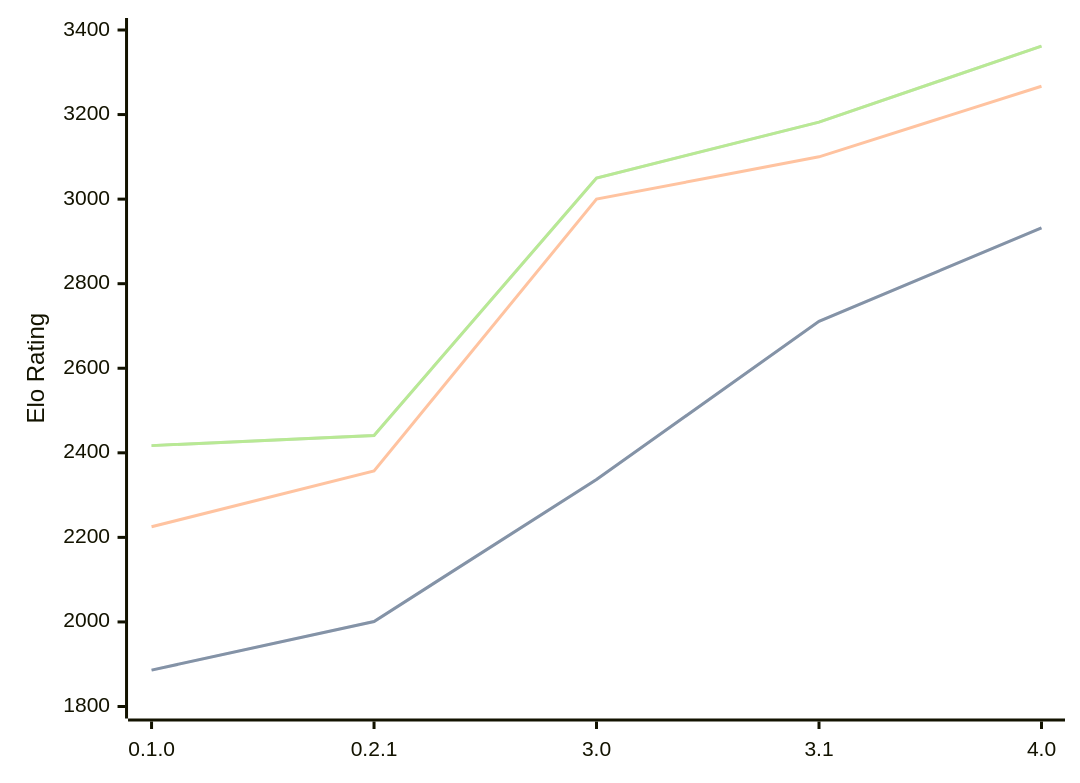
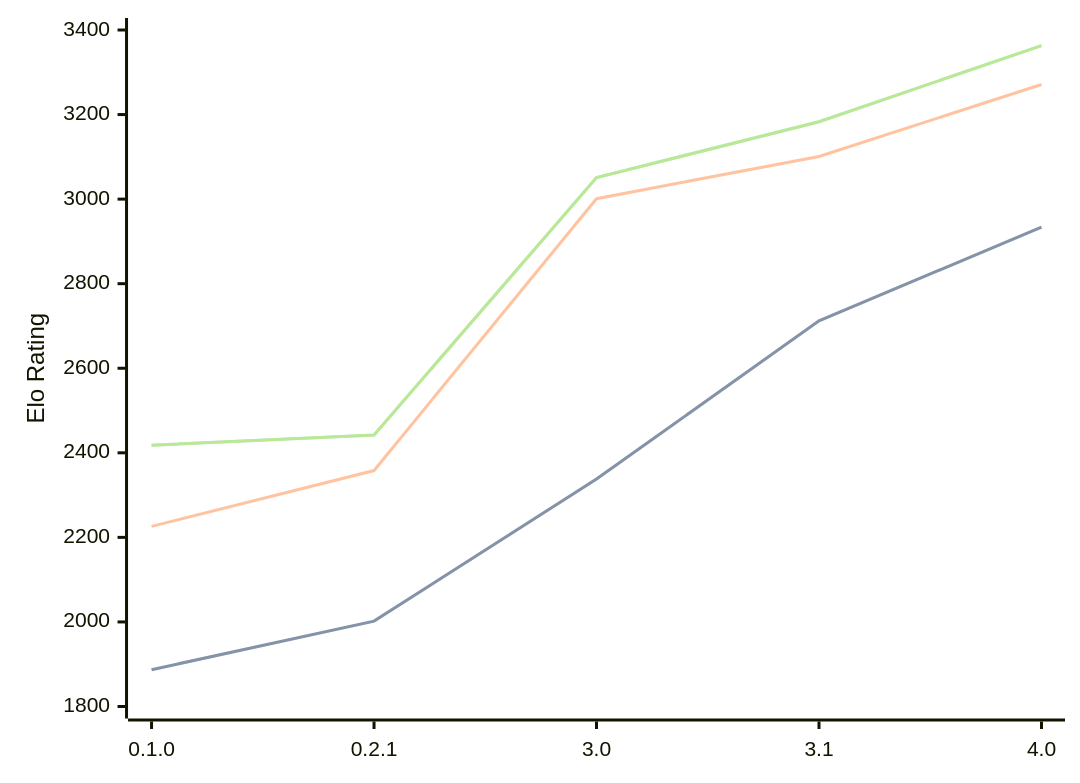
The diagram in engines/Sykora.md (computer-chess-index/cci), drawn with Mermaid before and after one commit. The commit also changed other lines of this file, not shown here.

Commit message:
Update CCI Ratings (ELO VLTC) - 2026-08-26

````diff
--- a/engines/Sykora.md
+++ b/engines/Sykora.md
@@ -36,11 +36,11 @@
 ```mermaid
 %%{init: {"theme":"base","themeVariables":{"seriesColors:['#a3a3a3','#222221','#faa371']}}}%%
 xychart-beta
   x-axis ["0.1.0", "0.2.1", "3.0", "3.1", "4.0"]
   y-axis "Elo Rating" 1800 --> 3400
-  line "STC (8.0+0.08s)" [1886, 2001, 2337, 2711, 2932]
-  line "STC (8.0+0.08s)" [1886, 2001, 2337, 2711, 2932]
-  line "LTC (60.0+0.60s)" [2225, 2357, 3000, 3100, 3267]
-  line "VLTC (2m24s+1.12s)" [2417, 2441, 3050, 3182, 3362]
-  line "VLTC (2m24s+1.12s)" [2417, 2441, 3050, 3182, 3362]
+  line "STC (8.0+0.08s)" [1887, 2002, 2338, 2712, 2934]
+  line "STC (8.0+0.08s)" [1887, 2002, 2338, 2712, 2934]
+  line "LTC (60.0+0.60s)" [2226, 2358, 3001, 3101, 3271]
+  line "VLTC (2m24s+1.12s)" [2418, 2442, 3051, 3183, 3363]
+  line "VLTC (2m24s+1.12s)" [2418, 2442, 3051, 3183, 3363]
 ```
````
